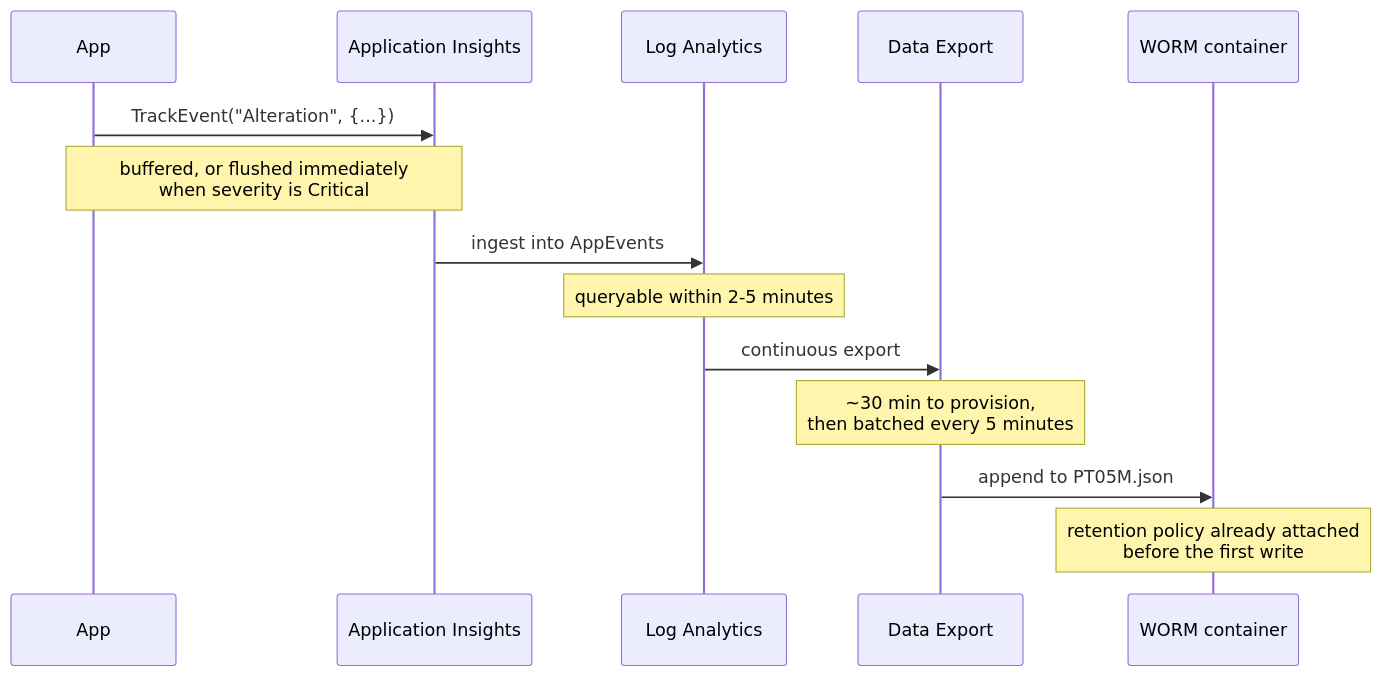
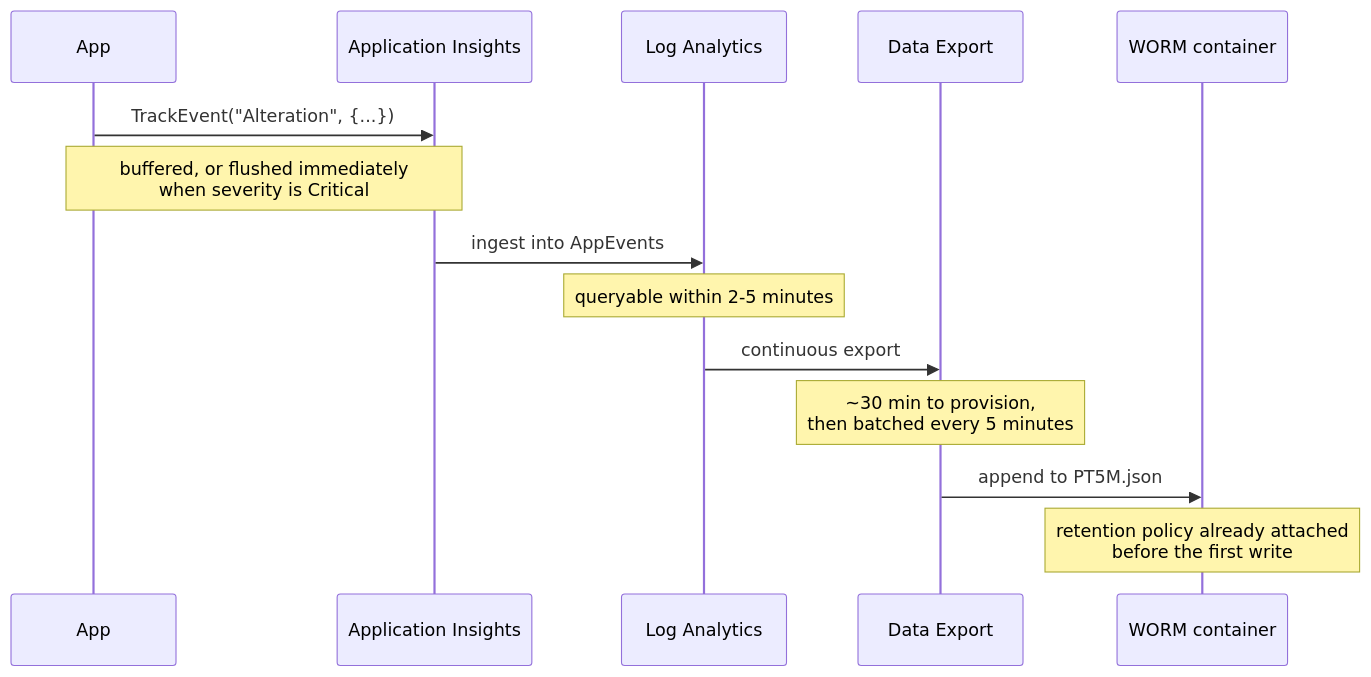
One commit to LukeEvansTech/azure-immutable-audit-logs changed the diagram in docs/how-it-works.md. Above: the diagram before and after it, drawn with Mermaid. The commit also changed other lines of this file and 3 other files, not shown here.

````diff
--- a/docs/how-it-works.md
+++ b/docs/how-it-works.md
@@ -5,17 +5,17 @@
 ```mermaid
 sequenceDiagram
     participant App
     participant AI as Application Insights
     participant LA as Log Analytics
     participant DE as Data Export
     participant Blob as WORM container
 
     App->>AI: TrackEvent("Alteration", {...})
     Note over App,AI: buffered, or flushed immediately<br/>when severity is Critical
     AI->>LA: ingest into AppEvents
     Note over LA: queryable within 2-5 minutes
     LA->>DE: continuous export
     Note over DE: ~30 min to provision,<br/>then batched every 5 minutes
-    DE->>Blob: append to PT05M.json
+    DE->>Blob: append to PT5M.json
     Note over Blob: retention policy already attached<br/>before the first write
 ```
````
